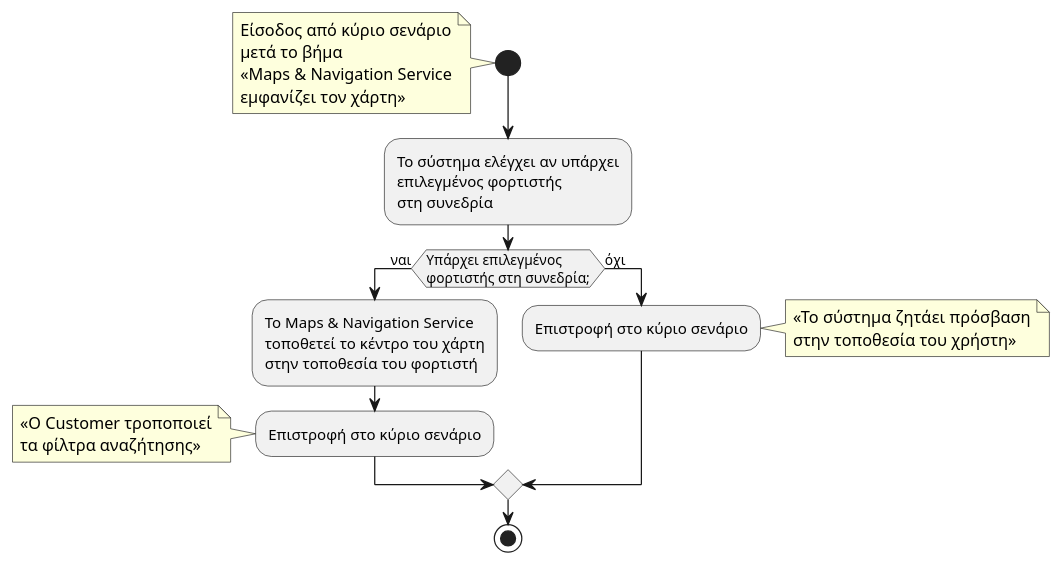
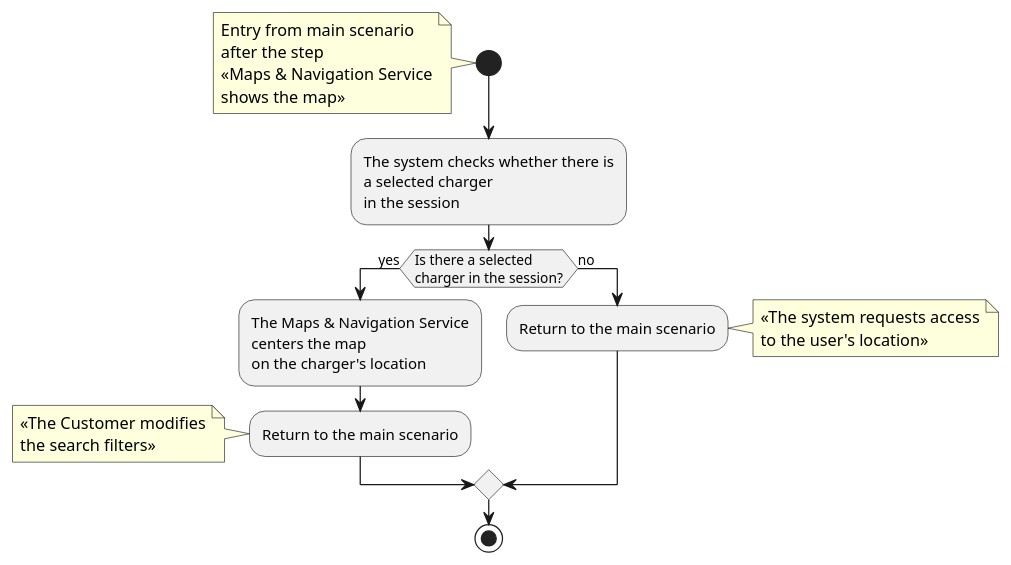
The diagram in documentation/plantuml/code/findnav-activity-alt1.puml (sotiriskavadakis/softeng25-42), drawn with PlantUML before and after one commit. The commit also changed 2 other files, not shown here.

```diff
--- a/documentation/plantuml/code/findnav-activity-alt1.puml
+++ b/documentation/plantuml/code/findnav-activity-alt1.puml
@@ -1,30 +1,30 @@
 @startuml UC-FIND-NAV-alt-saved-charger
 
 start
 note left
-Είσοδος από κύριο σενάριο
-μετά το βήμα
+Entry from main scenario
+after the step
 «Maps & Navigation Service
-εμφανίζει τον χάρτη»
+shows the map»
 end note
 
 
-:Το σύστημα ελέγχει αν υπάρχει\nεπιλεγμένος φορτιστής\nστη συνεδρία;
+:The system checks whether there is\na selected charger\nin the session;
 
-if (Υπάρχει επιλεγμένος\nφορτιστής στη συνεδρία;) then (ναι)
-  :Το Maps & Navigation Service\nτοποθετεί το κέντρο του χάρτη\nστην τοποθεσία του φορτιστή;
-  :Επιστροφή στο κύριο σενάριο;
+if (Is there a selected\ncharger in the session?) then (yes)
+  :The Maps & Navigation Service\ncenters the map\non the charger's location;
+  :Return to the main scenario;
   note left
-    «Ο Customer τροποποιεί
-    τα φίλτρα αναζήτησης»
+    «The Customer modifies
+    the search filters»
   end note
-else (όχι)
-  :Επιστροφή στο κύριο σενάριο;
+else (no)
+  :Return to the main scenario;
   note right
-    «Το σύστημα ζητάει πρόσβαση
-    στην τοποθεσία του χρήστη»
+    «The system requests access
+    to the user's location»
   end note
 endif
 
 stop
 @enduml
```
